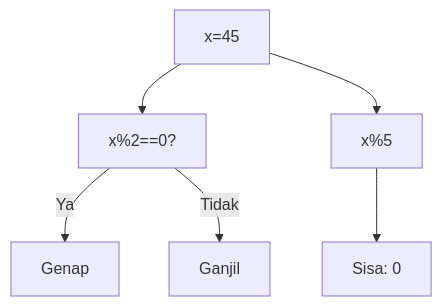
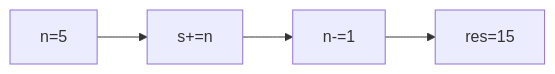
The second of 25 diagrams in part-c-pemahaman-cpp/03-perulangan/latihan/set-07.md (amnahwaida/OSNK_INF_PREP), drawn with Mermaid before and after one commit. The commit also changed other lines of this file and 71 other files, not shown here.

````diff
--- a/part-c-pemahaman-cpp/03-perulangan/latihan/set-07.md
+++ b/part-c-pemahaman-cpp/03-perulangan/latihan/set-07.md
@@ -55,8 +48,6 @@
 ```mermaid
-graph TD
-A["x=45"] --> B["x%2==0?"]
-B -- Ya --> C["Genap"]
-B -- Tidak --> D["Ganjil"]
-A --> E["x%5"]
-E --> F["Sisa: 0"]
+graph LR
+A["n=5"] --> B["s+=n"]
+B --> C["n-=1"]
+C --> D["res=15"]
 ```
````
